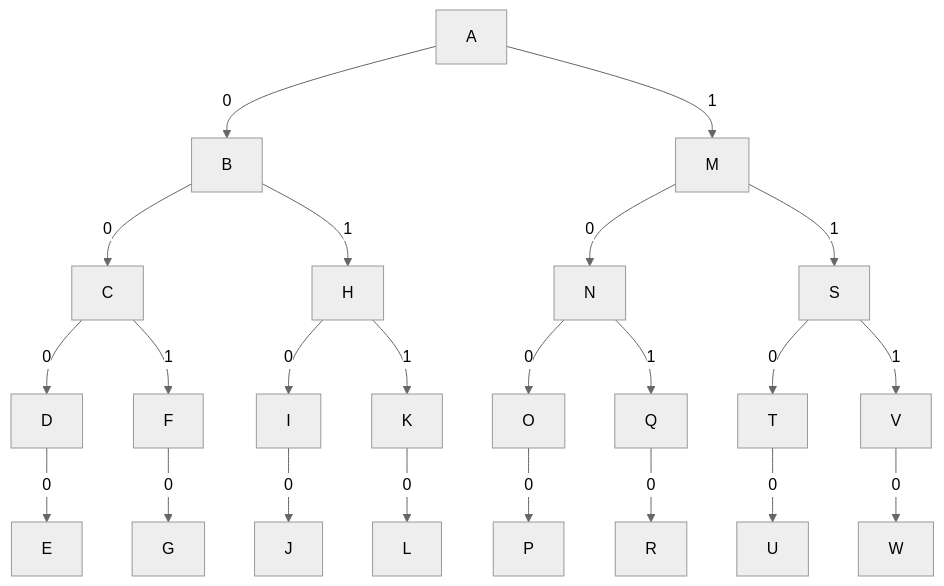
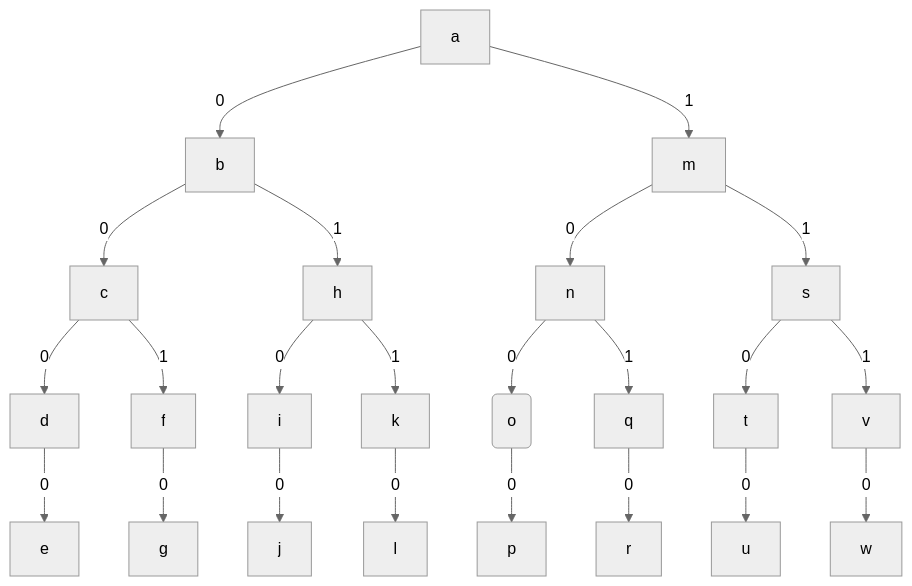
One commit to microsoft/FluidFramework changed diagram 18 of 29 in packages/dds/tree/docs/wip/treeStorage.md. Above: the diagram before and after it, drawn with Mermaid (neutral theme). The commit also changed other lines of this file, not shown here.

````diff
--- a/packages/dds/tree/docs/wip/treeStorage.md
+++ b/packages/dds/tree/docs/wip/treeStorage.md
@@ -423,11 +518,11 @@
 ```mermaid
 graph TD;
-    A--0-->B--0-->C--0-->D--0-->E
-    C--1-->F--0-->G
-    B--1-->H--0-->I--0-->J
-    H--1-->K--0-->L
-    A--1-->M--0-->N--0-->O--0-->P
-    N--1-->Q--0-->R
-    M--1-->S--0-->T--0-->U
-    S--1-->V--0-->W
+    a--0-->b--0-->c--0-->d--0-->e
+    c--1-->f--0-->g
+    b--1-->h--0-->i--0-->j
+    h--1-->k--0-->l
+    a--1-->m--0-->n--0-->o(o)--0-->p
+    n--1-->q--0-->r
+    m--1-->s--0-->t--0-->u
+    s--1-->v--0-->w
 ```
````
